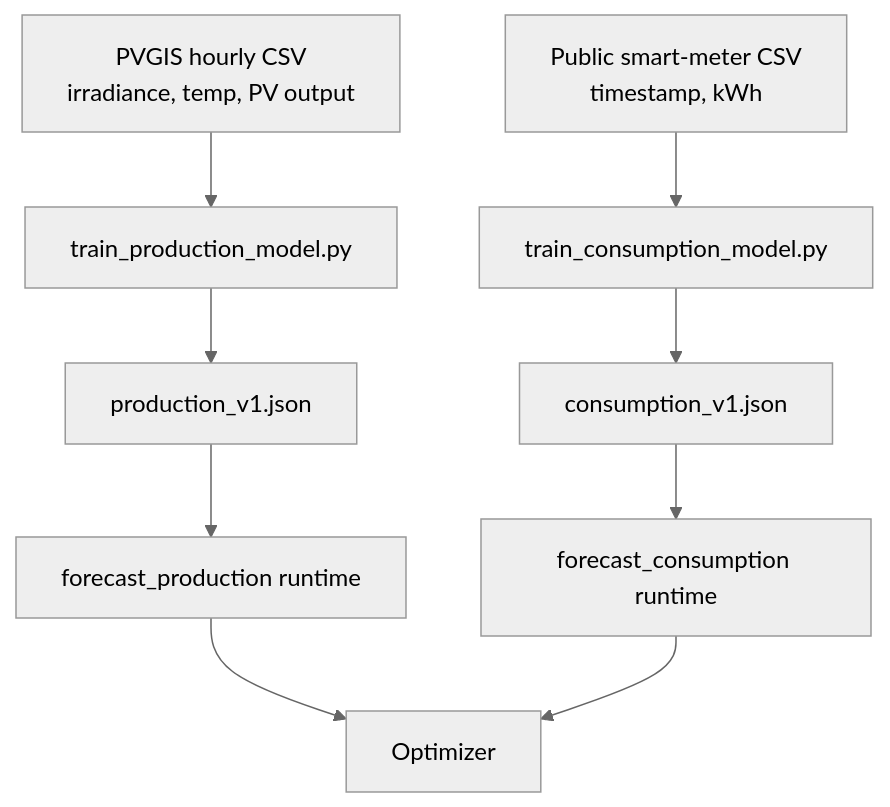
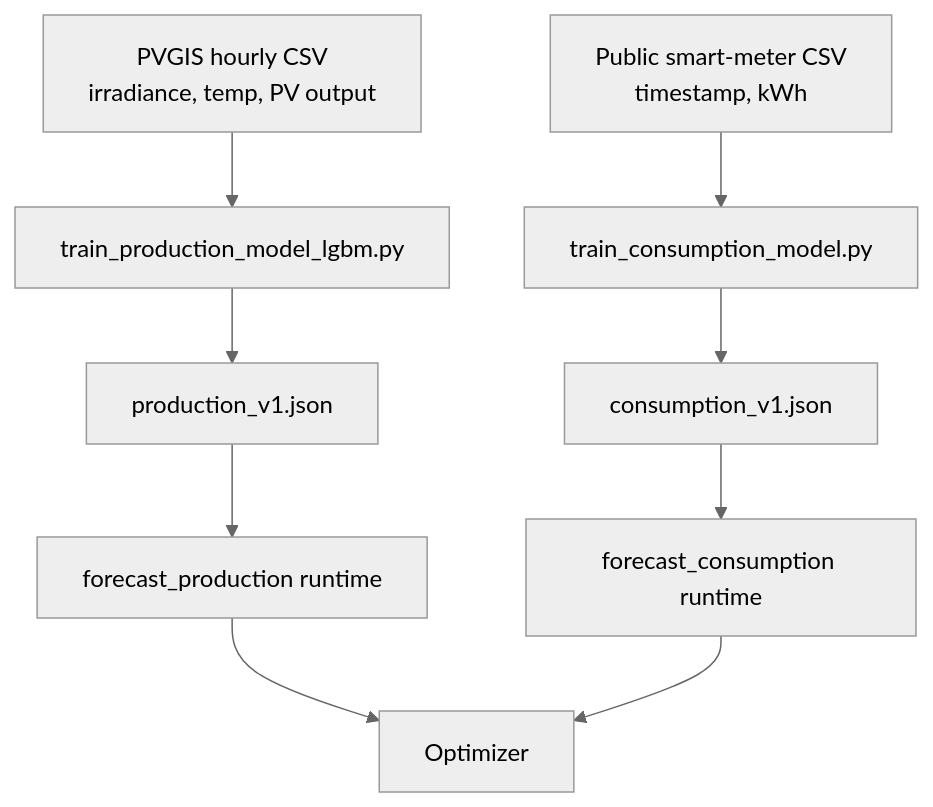
One commit to meltemozen/YZTA-Bootcamp-Team-62 changed the fourth of 8 diagrams in docs/SYSTEM_ARCHITECTURE.md. Above: the diagram before and after it, drawn with Mermaid (neutral theme). The commit also changed other lines of this file and 42 other files, not shown here.

````diff
--- a/docs/SYSTEM_ARCHITECTURE.md
+++ b/docs/SYSTEM_ARCHITECTURE.md
@@ -121,13 +121,13 @@
 ```mermaid
 flowchart TD
-    A["PVGIS hourly CSV<br/>irradiance, temp, PV output"] --> B["train_production_model.py"]
+    A["PVGIS hourly CSV<br/>irradiance, temp, PV output"] --> B["train_production_model_lgbm.py"]
     B --> C["production_v1.json"]
     C --> D["forecast_production runtime"]
 
     E["Public smart-meter CSV<br/>timestamp, kWh"] --> F["train_consumption_model.py"]
     F --> G["consumption_v1.json"]
     G --> H["forecast_consumption runtime"]
 
     D --> I["Optimizer"]
     H --> I
 ```
````
